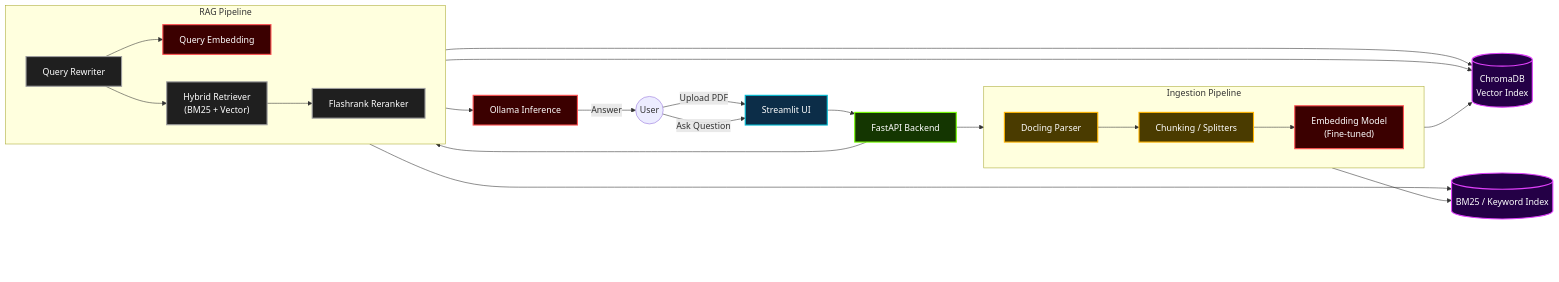
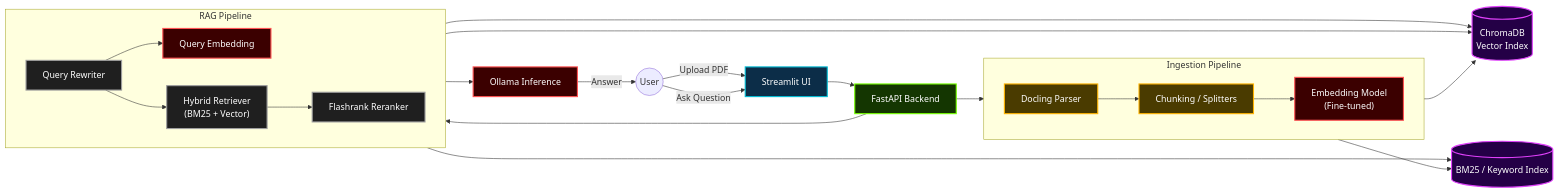
Before and after one commit to DuyPham72/AcademicBuddy-HybridRAG-LangChain: the diagram in README.md, drawn with Mermaid. The commit also changed other lines of this file, not shown here.

````diff
--- a/README.md
+++ b/README.md
@@ -172,11 +172,6 @@
     KeywordDB[(BM25 / Keyword Index)]:::database
     LLM["Ollama Inference"]:::ai
 
-    %% === RIGHT-PADDING SPACERS ===
-    Spacer1[ ]:::spacer
-    Spacer2[ ]:::spacer
-    Spacer3[ ]:::spacer
-
     %% =========================
     %% USER FLOW
     %% =========================
@@ -216,5 +211,6 @@
     classDef logic fill:#1f1f1f,stroke:#9e9e9e,stroke-width:2px,color:#ffffff
     classDef database fill:#240046,stroke:#e040fb,stroke-width:2px,color:#ffffff
     classDef ai fill:#3b0000,stroke:#ff5252,stroke-width:2px,color:#ffffff
-    classDef spacer fill:none,stroke:none
+    classDef anchor fill:none,stroke:none
+
 ```
````
